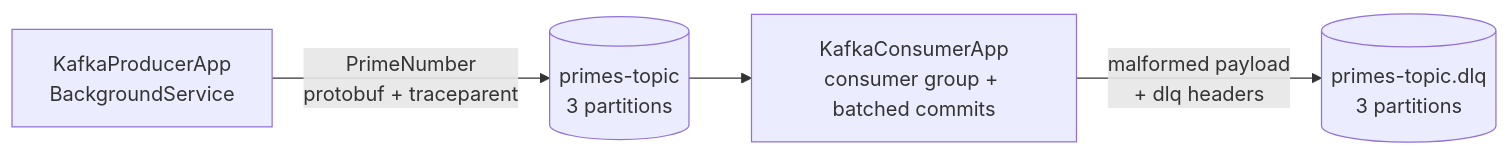
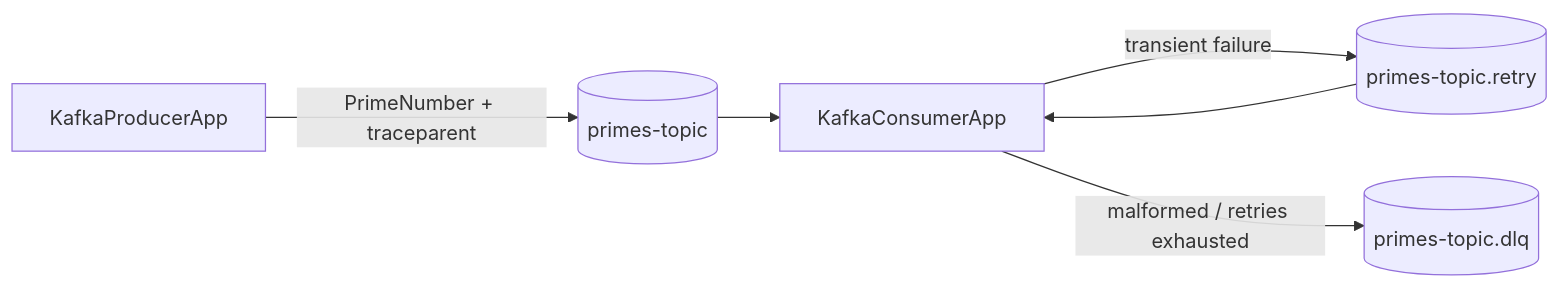
Before and after one commit to nicknad/Dotnet-Kafka-Setup: the diagram in README.md, drawn with Mermaid. The commit also changed other lines of this file and 1 other file, not shown here.

First line of the commit message:
docs: rewrite README and trim producer-only configuration

````diff
--- a/README.md
+++ b/README.md
@@ -35,6 +28,8 @@
 ```mermaid
 flowchart LR
-    P[KafkaProducerApp<br/>BackgroundService] -->|PrimeNumber<br/>protobuf + traceparent| T[(primes-topic<br/>3 partitions)]
-    T --> C[KafkaConsumerApp<br/>consumer group + batched commits]
-    C -->|malformed payload<br/>+ dlq headers| DL[(primes-topic.dlq<br/>3 partitions)]
+    P[KafkaProducerApp] -->|PrimeNumber + traceparent| T[(primes-topic)]
+    T --> C[KafkaConsumerApp]
+    C -->|transient failure| R[(primes-topic.retry)]
+    R --> C
+    C -->|malformed / retries exhausted| DL[(primes-topic.dlq)]
 ```
````
